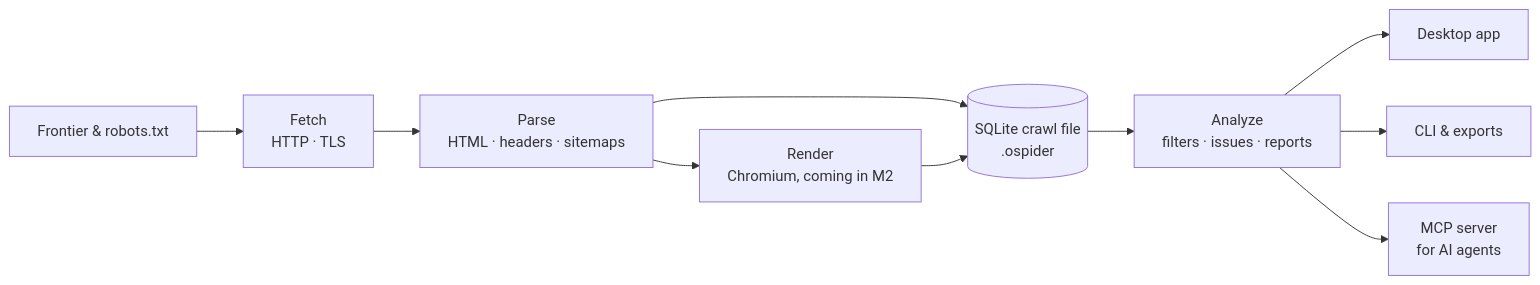
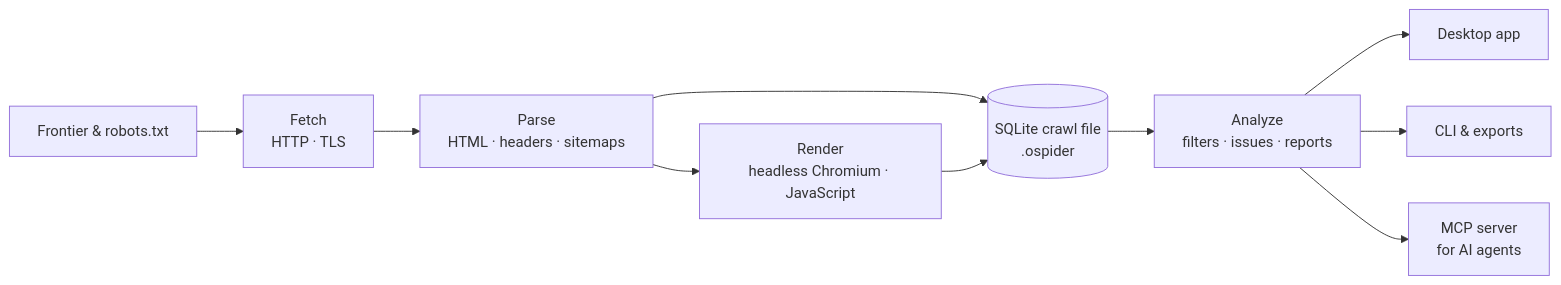
One commit to domdewom2/openspider changed the diagram in README.md. Above: the diagram before and after it, drawn with Mermaid. The commit also changed other lines of this file, not shown here.

````diff
--- a/README.md
+++ b/README.md
@@ -153,12 +153,12 @@
 ```mermaid
 flowchart LR
     A[Frontier &amp; robots.txt] --> B[Fetch<br/>HTTP · TLS]
     B --> C[Parse<br/>HTML · headers · sitemaps]
-    C --> R[Render<br/>Chromium, coming in M2]
+    C --> R[Render<br/>headless Chromium · JavaScript]
     C --> D[(SQLite crawl file<br/>.ospider)]
     R --> D
     D --> E[Analyze<br/>filters · issues · reports]
     E --> F[Desktop app]
     E --> G[CLI &amp; exports]
     E --> H[MCP server<br/>for AI agents]
 ```
````
